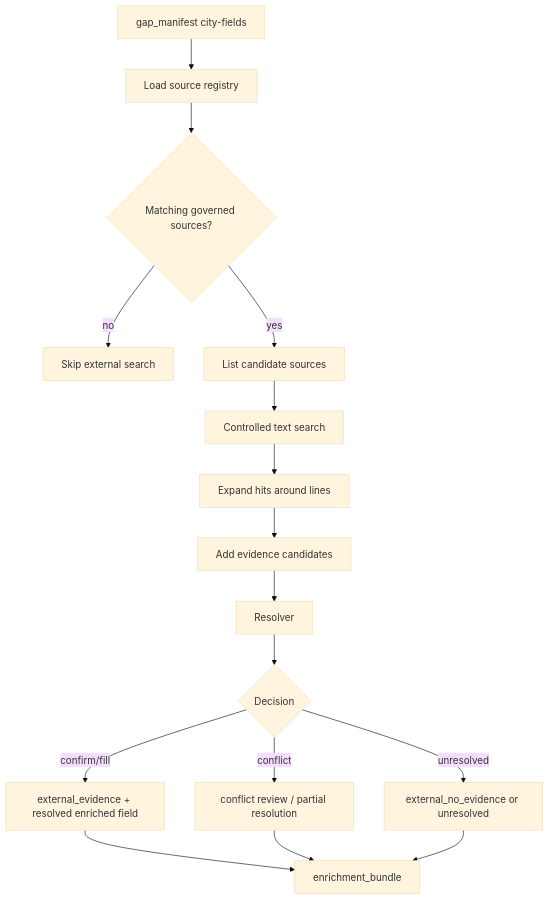
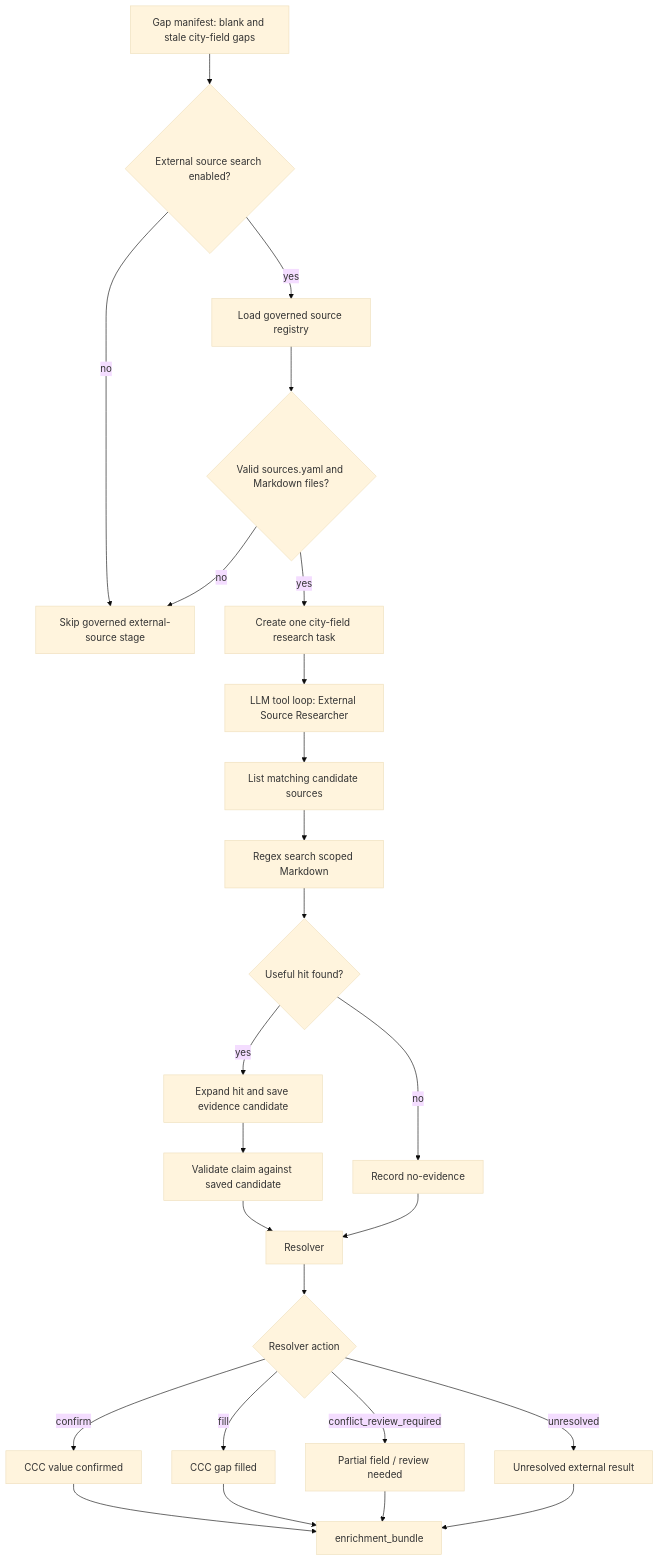
One commit to Open-Earth-Foundation/Query_mechanism_urbind changed the diagram in docs/pipeline/07_external-sources.md. Above: the diagram before and after it, drawn with Mermaid (base theme). The commit also changed other lines of this file and 7 other files, not shown here.

````diff
--- a/docs/pipeline/07_external-sources.md
+++ b/docs/pipeline/07_external-sources.md
@@ -15,18 +38,27 @@
 ```mermaid
 flowchart TD
-    A[gap_manifest city-fields] --> B[Load source registry]
-    B --> C{Matching governed sources?}
-    C -- no --> D[Skip external search]
-    C -- yes --> E[List candidate sources]
-    E --> F[Controlled text search]
-    F --> G[Expand hits around lines]
-    G --> H[Add evidence candidates]
-    H --> I[Resolver]
-    I --> J{Decision}
-    J -- confirm/fill --> K[external_evidence + resolved enriched field]
-    J -- conflict --> L[conflict review / partial resolution]
-    J -- unresolved --> M[external_no_evidence or unresolved]
-    K --> N[enrichment_bundle]
+    A[Gap manifest: blank and stale city-field gaps] --> B{External source search enabled?}
+    B -- no --> C[Skip governed external-source stage]
+    B -- yes --> D[Load governed source registry]
+    D --> E{Valid sources.yaml and Markdown files?}
+    E -- no --> C
+    E -- yes --> F[Create one city-field research task]
+    F --> G[LLM tool loop: External Source Researcher]
+    G --> H[List matching candidate sources]
+    H --> I[Regex search scoped Markdown]
+    I --> J{Useful hit found?}
+    J -- yes --> K[Expand hit and save evidence candidate]
+    J -- no --> L[Record no-evidence]
+    K --> M[Validate claim against saved candidate]
+    M --> N[Resolver]
     L --> N
-    M --> N
+    N --> O{Resolver action}
+    O -- confirm --> P[CCC value confirmed]
+    O -- fill --> T[CCC gap filled]
+    O -- conflict_review_required --> Q[Partial field / review needed]
+    O -- unresolved --> R[Unresolved external result]
+    P --> S[enrichment_bundle]
+    T --> S
+    Q --> S
+    R --> S
 ```
````
